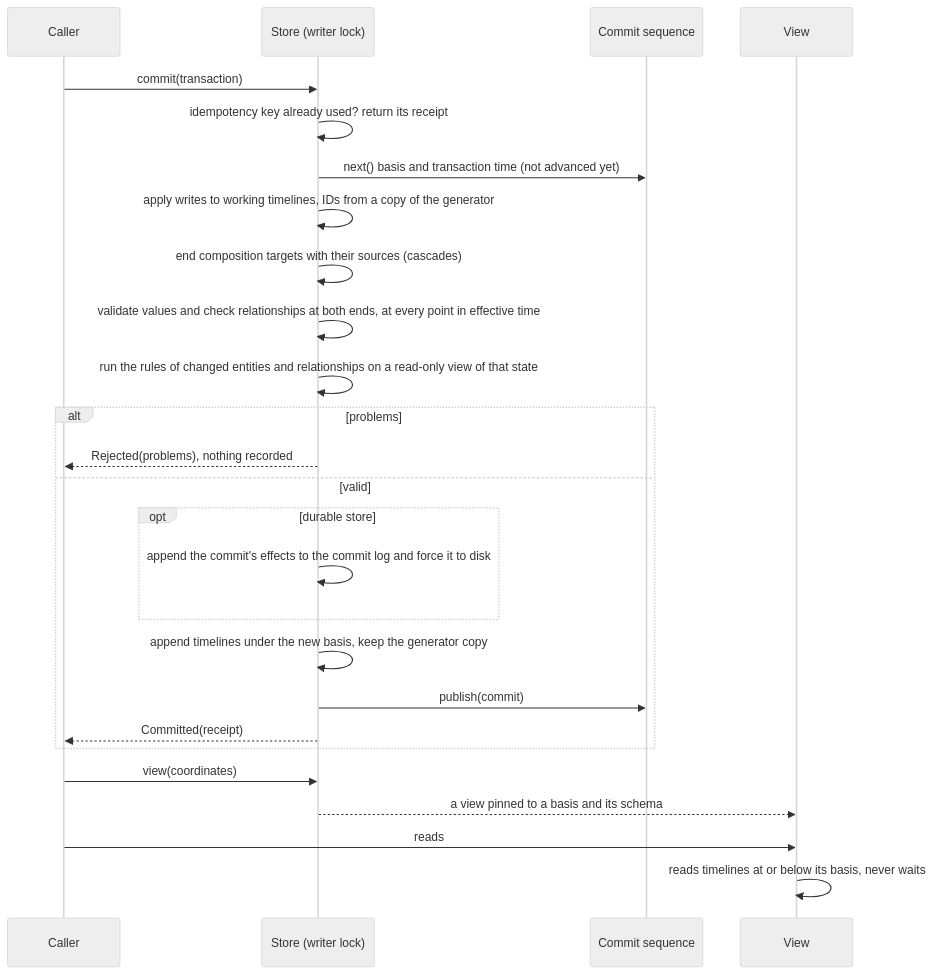
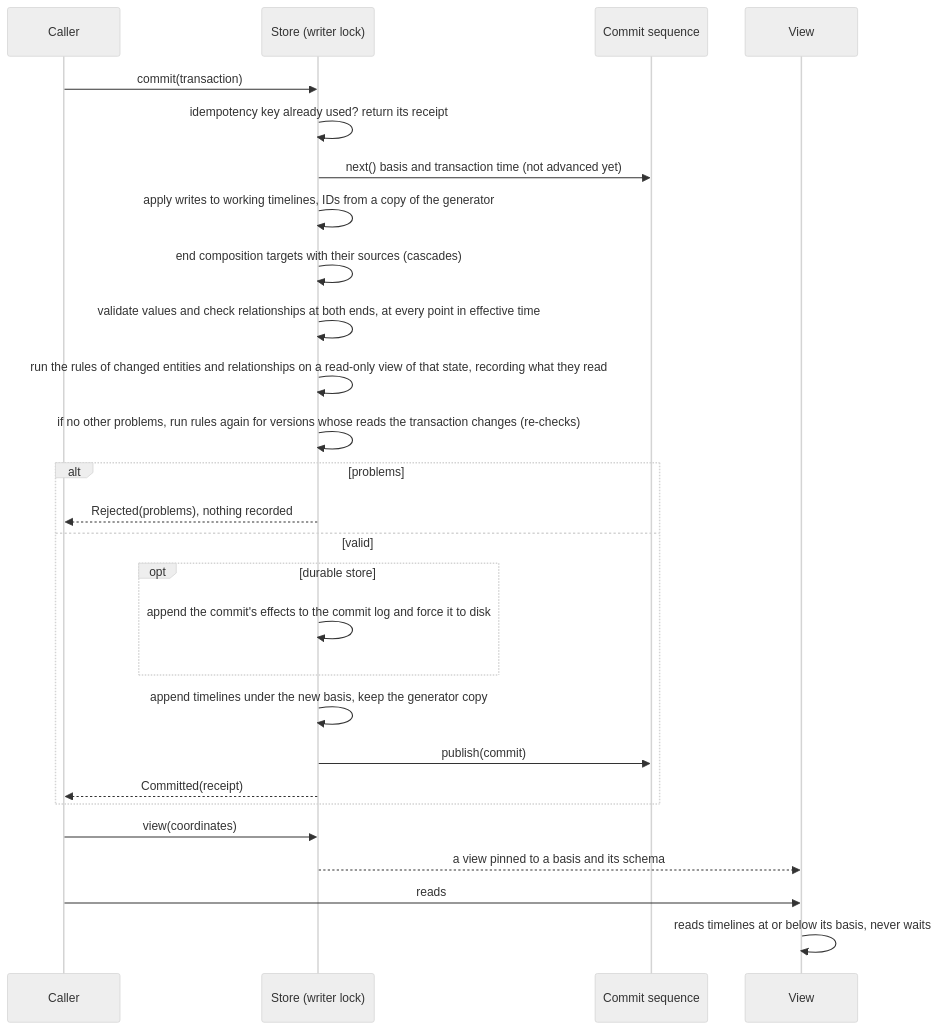
Before and after one commit to enricoag1982/Cairn: the third of 3 diagrams in docs/architecture/README.md, drawn with Mermaid (neutral theme). The commit also changed other lines of this file and 7 other files, not shown here.

First line of the commit message:
docs: describe re-checks of rules (add-rule-rechecks)

````diff
--- a/docs/architecture/README.md
+++ b/docs/architecture/README.md
@@ -107,28 +108,29 @@
 ```mermaid
 sequenceDiagram
     participant C as Caller
     participant S as Store (writer lock)
     participant Q as Commit sequence
     participant V as View
     C->>S: commit(transaction)
     S->>S: idempotency key already used? return its receipt
     S->>Q: next() basis and transaction time (not advanced yet)
     S->>S: apply writes to working timelines, IDs from a copy of the generator
     S->>S: end composition targets with their sources (cascades)
     S->>S: validate values and check relationships at both ends, at every point in effective time
-    S->>S: run the rules of changed entities and relationships on a read-only view of that state
+    S->>S: run the rules of changed entities and relationships on a read-only view of that state, recording what they read
+    S->>S: if no other problems, run rules again for versions whose reads the transaction changes (re-checks)
     alt problems
         S-->>C: Rejected(problems), nothing recorded
     else valid
         opt durable store
             S->>S: append the commit's effects to the commit log and force it to disk
         end
         S->>S: append timelines under the new basis, keep the generator copy
         S->>Q: publish(commit)
         S-->>C: Committed(receipt)
     end
     C->>S: view(coordinates)
     S-->>V: a view pinned to a basis and its schema
     C->>V: reads
     V->>V: reads timelines at or below its basis, never waits
 ```
````
